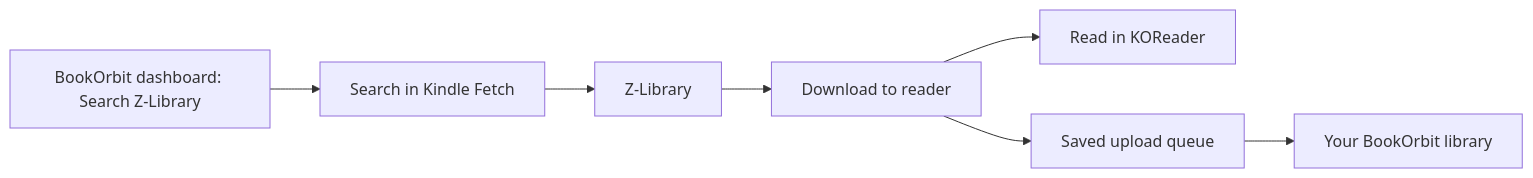
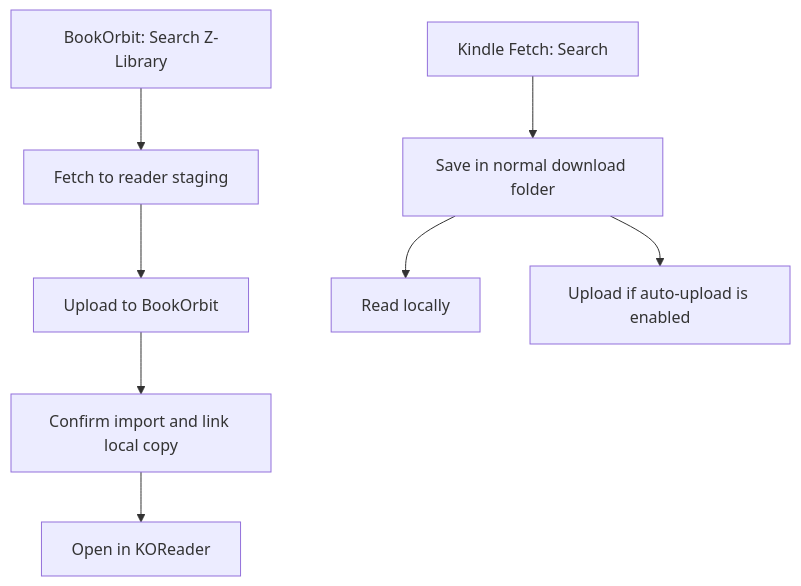
The diagram in README.md (seshakiran/kindlefetch.koplugin), drawn with Mermaid before and after one commit. The commit also changed other lines of this file and 1 other file, not shown here.

Commit message:
Clarify download flows and record successful reader import test

````diff
--- a/README.md
+++ b/README.md
@@ -34,9 +39,10 @@
 ```mermaid
-flowchart LR
-    A[Search in Kindle Fetch] --> B[Z-Library]
-    BO[BookOrbit dashboard: Search Z-Library] --> A
-    B --> C[Download to reader]
-    C --> D[Read in KOReader]
-    C --> E[Saved upload queue]
-    E --> F[Your BookOrbit library]
+flowchart TD
+    BO[BookOrbit: Search Z-Library] --> S[Fetch to reader staging]
+    S --> U[Upload to BookOrbit]
+    U --> C[Confirm import and link local copy]
+    C --> O[Open in KOReader]
+    KF[Kindle Fetch: Search] --> L[Save in normal download folder]
+    L --> R[Read locally]
+    L --> Q[Upload if auto-upload is enabled]
 ```
````
